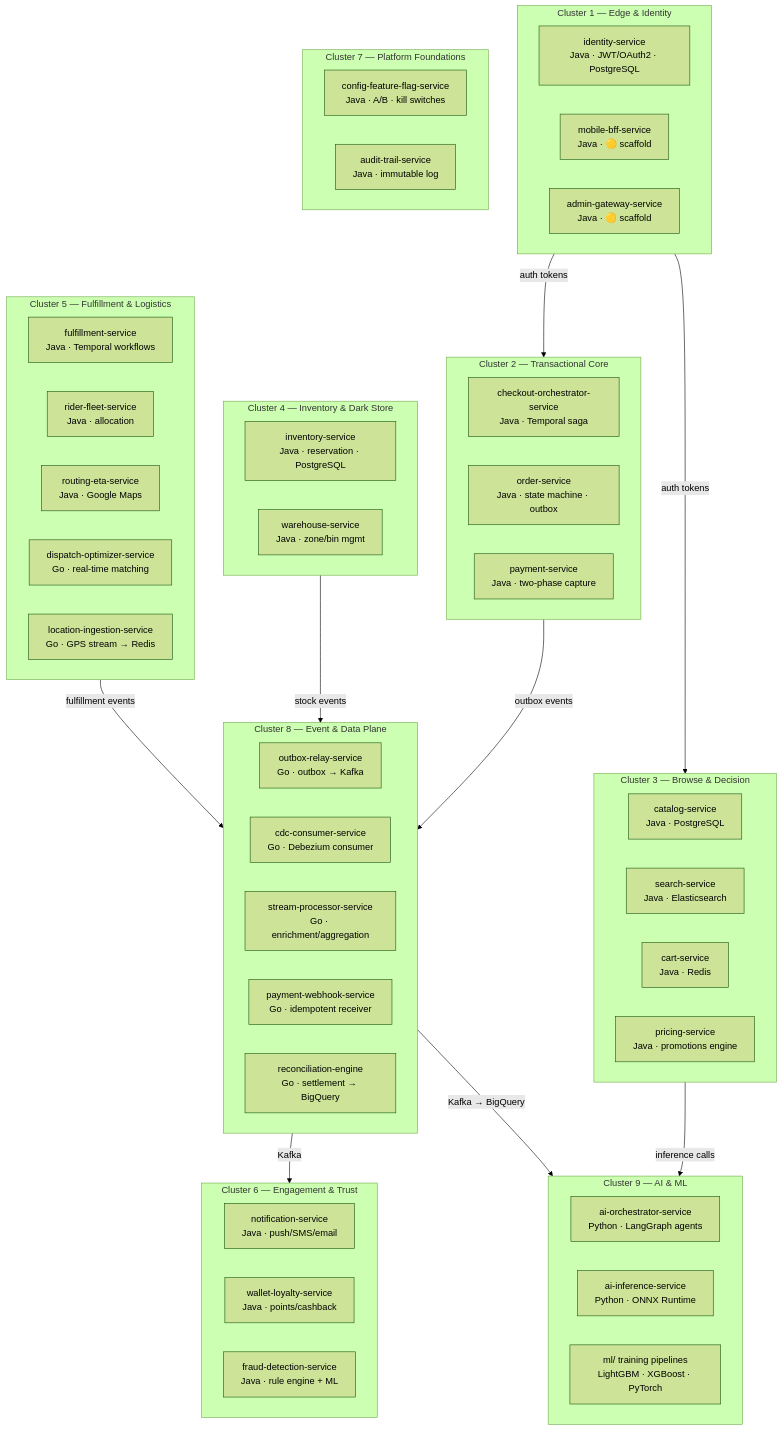
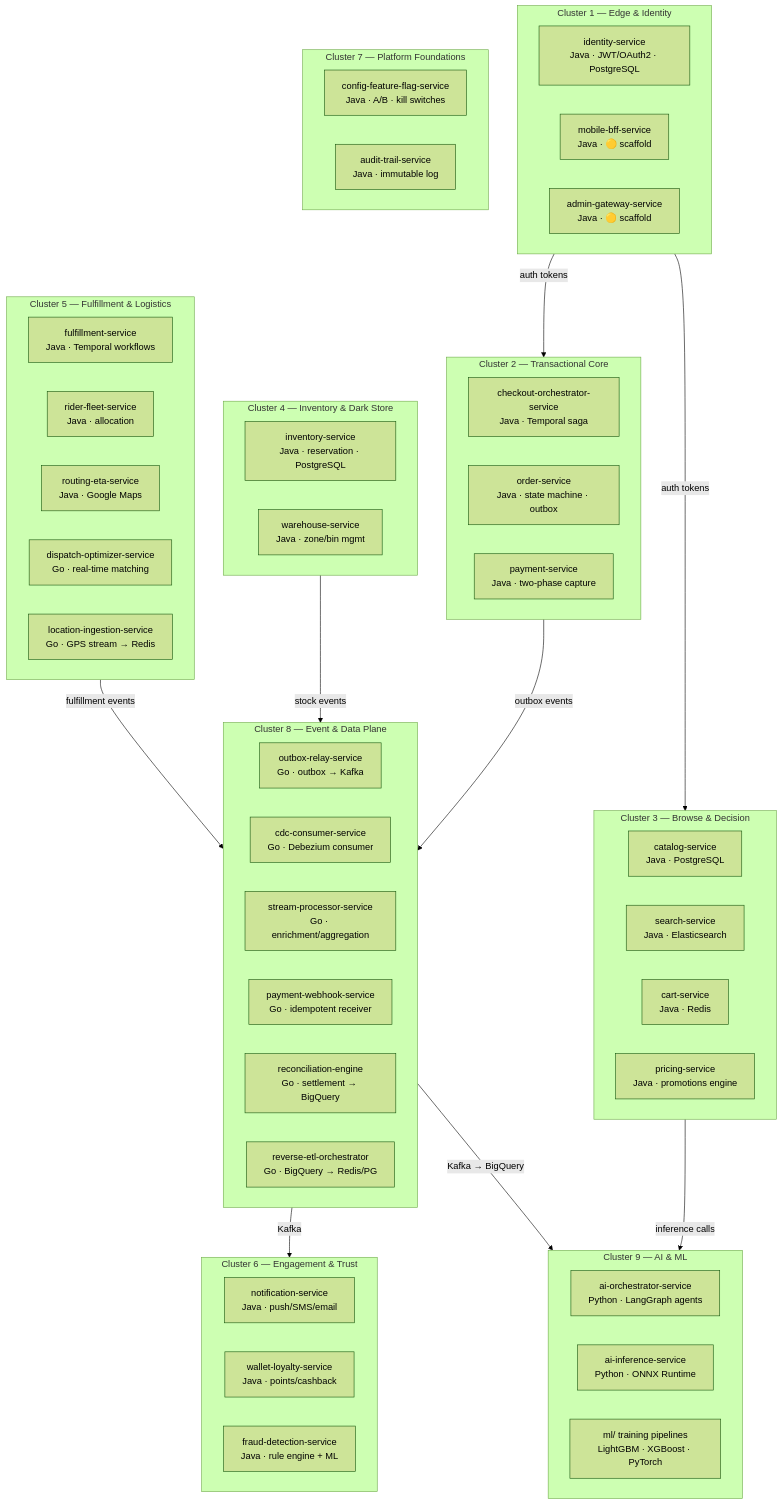
Before and after one commit to sunitakeazycommerz-a11y/InstaCommerce: the fourth of 4 diagrams in README.md, drawn with Mermaid (forest theme). The commit also changed other lines of this file and 64 other files, not shown here.

````diff
--- a/README.md
+++ b/README.md
@@ -277,67 +277,68 @@
 ```mermaid
 graph TB
     subgraph C1["Cluster 1 — Edge & Identity"]
         c1a["identity-service<br/>Java · JWT/OAuth2 · PostgreSQL"]
         c1b["mobile-bff-service<br/>Java · 🟡 scaffold"]
         c1c["admin-gateway-service<br/>Java · 🟡 scaffold"]
     end
 
     subgraph C2["Cluster 2 — Transactional Core"]
         c2a["checkout-orchestrator-service<br/>Java · Temporal saga"]
         c2b["order-service<br/>Java · state machine · outbox"]
         c2c["payment-service<br/>Java · two-phase capture"]
     end
 
     subgraph C3["Cluster 3 — Browse & Decision"]
         c3a["catalog-service<br/>Java · PostgreSQL"]
         c3b["search-service<br/>Java · Elasticsearch"]
         c3c["cart-service<br/>Java · Redis"]
         c3d["pricing-service<br/>Java · promotions engine"]
     end
 
     subgraph C4["Cluster 4 — Inventory & Dark Store"]
         c4a["inventory-service<br/>Java · reservation · PostgreSQL"]
         c4b["warehouse-service<br/>Java · zone/bin mgmt"]
     end
 
     subgraph C5["Cluster 5 — Fulfillment & Logistics"]
         c5a["fulfillment-service<br/>Java · Temporal workflows"]
         c5b["rider-fleet-service<br/>Java · allocation"]
         c5c["routing-eta-service<br/>Java · Google Maps"]
         c5d["dispatch-optimizer-service<br/>Go · real-time matching"]
         c5e["location-ingestion-service<br/>Go · GPS stream → Redis"]
     end
 
     subgraph C6["Cluster 6 — Engagement & Trust"]
         c6a["notification-service<br/>Java · push/SMS/email"]
         c6b["wallet-loyalty-service<br/>Java · points/cashback"]
         c6c["fraud-detection-service<br/>Java · rule engine + ML"]
     end
 
     subgraph C7["Cluster 7 — Platform Foundations"]
         c7a["config-feature-flag-service<br/>Java · A/B · kill switches"]
         c7b["audit-trail-service<br/>Java · immutable log"]
     end
 
     subgraph C8["Cluster 8 — Event & Data Plane"]
         c8a["outbox-relay-service<br/>Go · outbox → Kafka"]
         c8b["cdc-consumer-service<br/>Go · Debezium consumer"]
         c8c["stream-processor-service<br/>Go · enrichment/aggregation"]
         c8d["payment-webhook-service<br/>Go · idempotent receiver"]
         c8e["reconciliation-engine<br/>Go · settlement → BigQuery"]
+        c8f["reverse-etl-orchestrator<br/>Go · BigQuery → Redis/PG"]
     end
 
     subgraph C9["Cluster 9 — AI & ML"]
         c9a["ai-orchestrator-service<br/>Python · LangGraph agents"]
         c9b["ai-inference-service<br/>Python · ONNX Runtime"]
         c9c["ml/ training pipelines<br/>LightGBM · XGBoost · PyTorch"]
     end
 
     C1 -->|"auth tokens"| C2 & C3
     C2 -->|"outbox events"| C8
     C3 -->|"inference calls"| C9
     C4 -->|"stock events"| C8
     C5 -->|"fulfillment events"| C8
     C8 -->|"Kafka"| C6
     C8 -->|"Kafka → BigQuery"| C9
 ```
````
